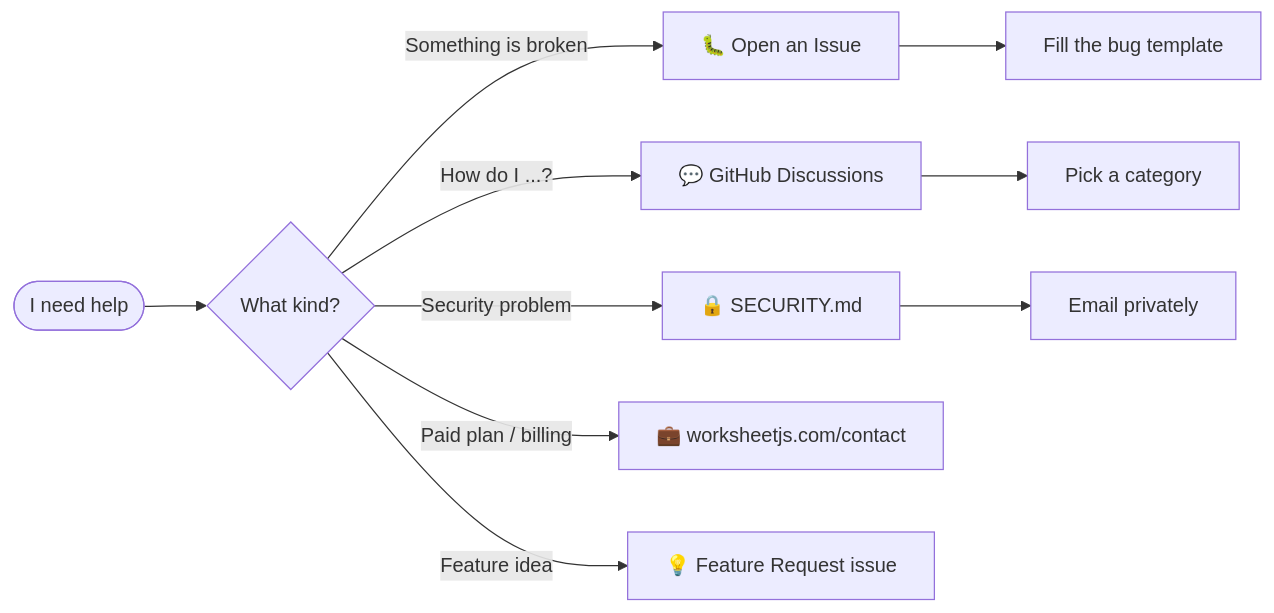
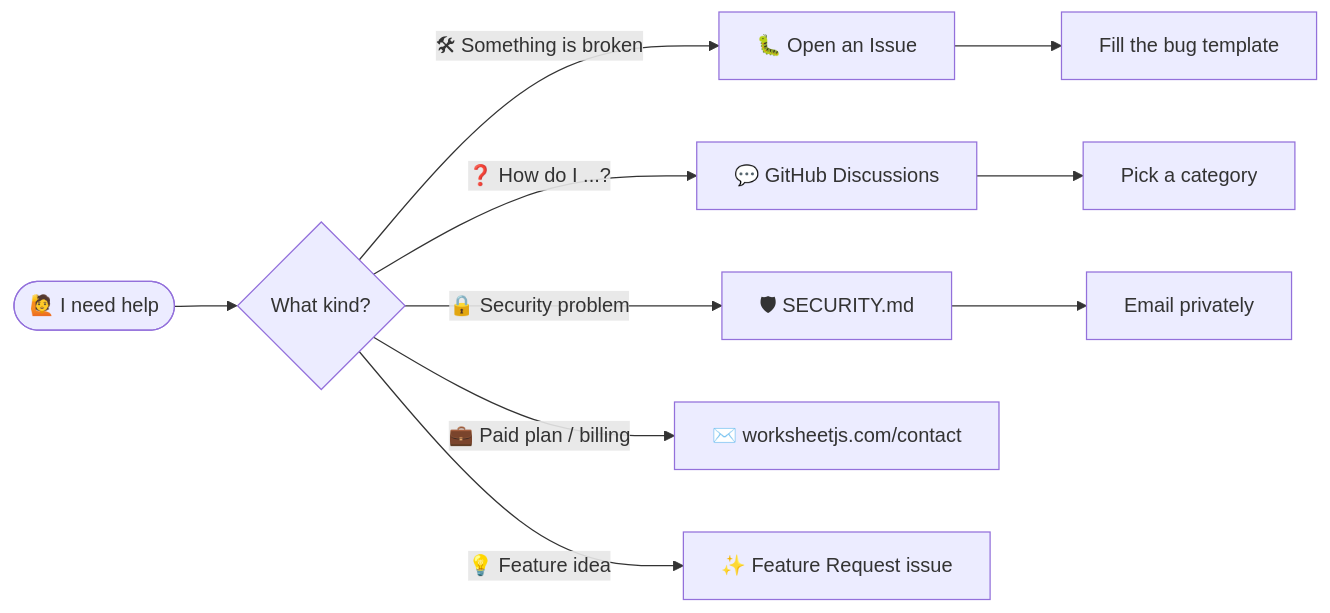
The diagram in README.md (worksheetjs/worksheetjs-community), drawn with Mermaid before and after one commit. The commit also changed other lines of this file and 4 other files, not shown here.

````diff
--- a/README.md
+++ b/README.md
@@ -165,12 +199,12 @@
 ```mermaid
 flowchart LR
-    A([I need help]) --> B{What kind?}
-    B -->|Something is broken| C[🐛 Open an Issue]
-    B -->|How do I ...?| D[💬 GitHub Discussions]
-    B -->|Security problem| E[🔒 SECURITY.md]
-    B -->|Paid plan / billing| F[💼 worksheetjs.com/contact]
-    B -->|Feature idea| G[💡 Feature Request issue]
+    A([🙋 I need help]) --> B{What kind?}
+    B -->|🛠 Something is broken| C[🐛 Open an Issue]
+    B -->|❓ How do I ...?| D[💬 GitHub Discussions]
+    B -->|🔒 Security problem| E[🛡 SECURITY.md]
+    B -->|💼 Paid plan / billing| F[✉️ worksheetjs.com/contact]
+    B -->|💡 Feature idea| G[✨ Feature Request issue]
     C --> H[Fill the bug template]
     D --> I[Pick a category]
     E --> J[Email privately]
 ```
````
